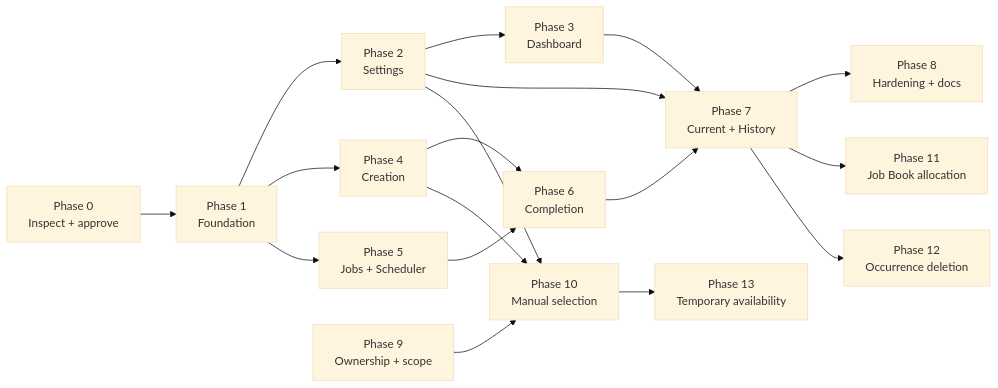
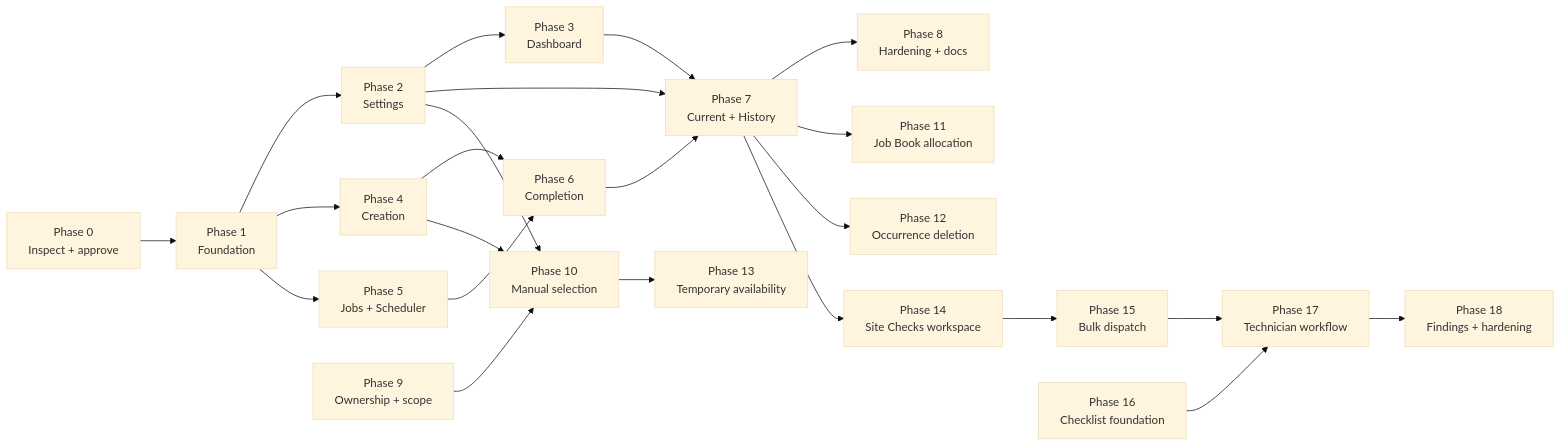
Before and after one commit to robsongeor/service-operations: the sixth of 6 diagrams in docs/features/SITE_CHECKS_IMPLEMENTATION_PLAN.md, drawn with Mermaid (base theme). The commit also changed other lines of this file and 46 other files, not shown here.

Commit message:
feat: complete site checks workflow

````diff
--- a/docs/features/SITE_CHECKS_IMPLEMENTATION_PLAN.md
+++ b/docs/features/SITE_CHECKS_IMPLEMENTATION_PLAN.md
@@ -1414,20 +1951,25 @@
 ```mermaid
 flowchart LR
     P0["Phase 0<br/>Inspect + approve"] --> P1["Phase 1<br/>Foundation"]
     P1 --> P2["Phase 2<br/>Settings"]
     P1 --> P4["Phase 4<br/>Creation"]
     P2 --> P3["Phase 3<br/>Dashboard"]
     P1 --> P5["Phase 5<br/>Jobs + Scheduler"]
     P4 --> P6["Phase 6<br/>Completion"]
     P5 --> P6
     P3 --> P7["Phase 7<br/>Current + History"]
     P6 --> P7
     P2 --> P7
     P7 --> P8["Phase 8<br/>Hardening + docs"]
     P9["Phase 9<br/>Ownership + scope"] --> P10["Phase 10<br/>Manual selection"]
     P2 --> P10
     P4 --> P10
     P7 --> P11["Phase 11<br/>Job Book allocation"]
     P7 --> P12["Phase 12<br/>Occurrence deletion"]
     P10 --> P13["Phase 13<br/>Temporary availability"]
+    P7 --> P14["Phase 14<br/>Site Checks workspace"]
+    P14 --> P15["Phase 15<br/>Bulk dispatch"]
+    P15 --> P17["Phase 17<br/>Technician workflow"]
+    P16["Phase 16<br/>Checklist foundation"] --> P17
+    P17 --> P18["Phase 18<br/>Findings + hardening"]
 ```
````
